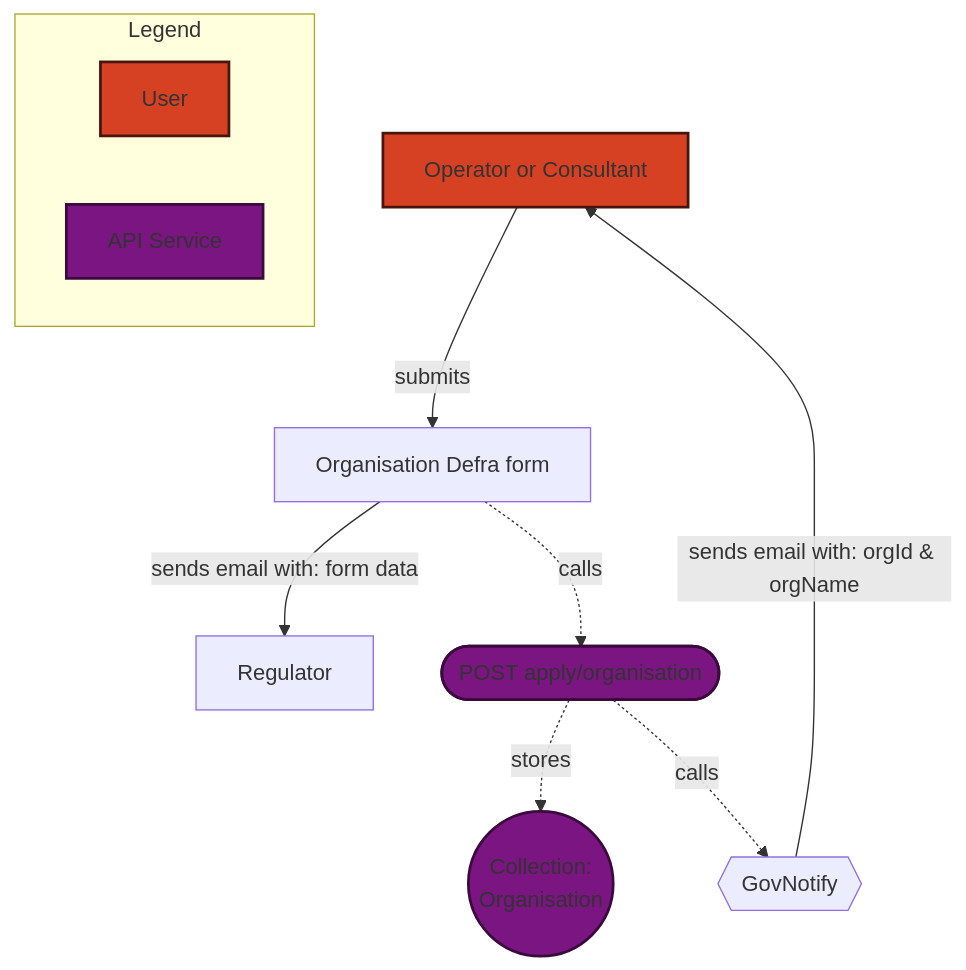
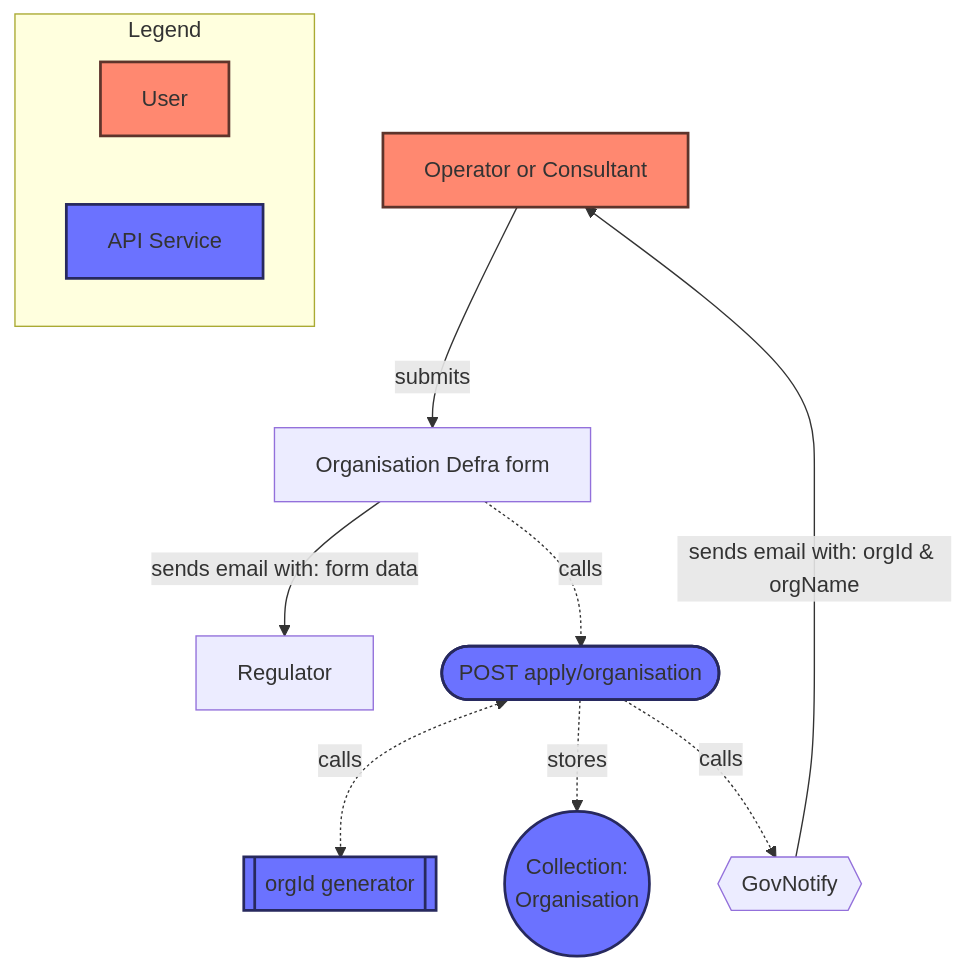
Before and after one commit to DEFRA/epr-backend: the first of 10 diagrams in docs/architecture/discovery/2025-reg-acc-lld.md, drawn with Mermaid. The commit also changed other lines of this file, not shown here.

````diff
--- a/docs/architecture/discovery/2025-reg-acc-lld.md
+++ b/docs/architecture/discovery/2025-reg-acc-lld.md
@@ -38,29 +38,31 @@
 ```mermaid
 flowchart TD;
 
 %% Styles
-classDef user fill:#D64124,stroke:#47150B,stroke-width:2px
-classDef service fill:#7B1582,stroke:#3A0A3D,stroke-width:2px
+classDef user fill:#FF8870,stroke:#5E342B,stroke-width:2px
+classDef service fill:#6B72FF,stroke:#27295E,stroke-width:2px
 
 %% Entities
 operator[Operator or Consultant]
 regulator[Regulator]
 form[Organisation Defra form]
 endpoint([POST apply/organisation])
+idGenerator[[orgId generator]]
 database((Collection: \n Organisation))
 govNotify{{GovNotify}}
 
 %% Flow
 operator:::user --submits-->form
 form-.calls.->endpoint:::service
 form--sends email with: form data-->regulator
+endpoint:::service <-.calls.->idGenerator:::service
 endpoint:::service -.stores.->database:::service
 endpoint-.calls.->govNotify
 govNotify--sends email with: orgId & orgName-->operator
 
 %% Legend
 subgraph legend [Legend]
   User:::user
   apiService[API Service]:::service
 end
 ```
````
